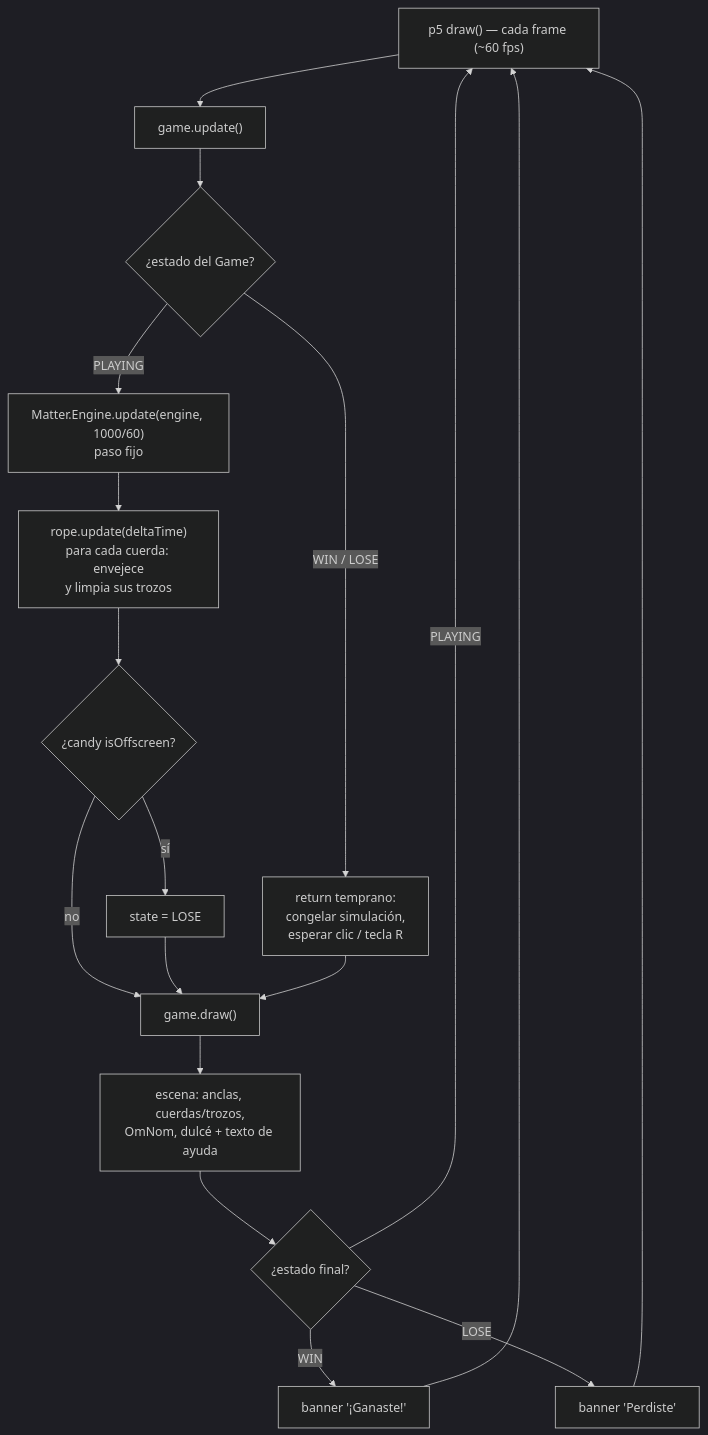
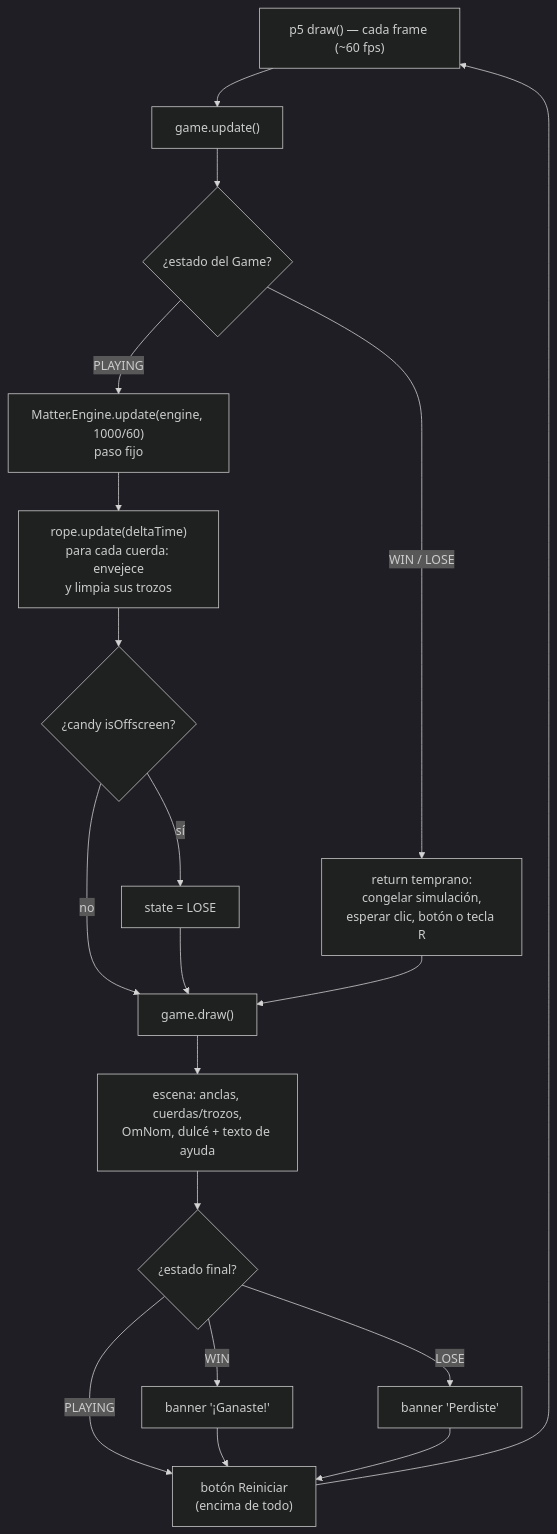
The fifth of 5 diagrams in docs/arquitectura-mvp.md (ShryhakAkizuki/Cut_The_Rope-Visual_Computing_2026-II), drawn with Mermaid (dark theme) before and after one commit. The commit also changed other lines of this file and 2 other files, not shown here.

Commit message:
reiniciar en tiempo de juego

````diff
--- a/docs/arquitectura-mvp.md
+++ b/docs/arquitectura-mvp.md
@@ -287,20 +292,21 @@
 ```mermaid
 flowchart TD
     A["p5 draw() — cada frame (~60 fps)"] --> B["game.update()"]
     B --> C{"¿estado del Game?"}
-    C -->|WIN / LOSE| D["return temprano:<br/>congelar simulación,<br/>esperar clic / tecla R"]
+    C -->|WIN / LOSE| D["return temprano:<br/>congelar simulación,<br/>esperar clic, botón o tecla R"]
     C -->|PLAYING| E["Matter.Engine.update(engine, 1000/60)<br/>paso fijo"]
     E --> F["rope.update(deltaTime)<br/>para cada cuerda: envejece<br/>y limpia sus trozos"]
     F --> G{"¿candy isOffscreen?"}
     G -->|sí| H["state = LOSE"]
     G -->|no| I["game.draw()"]
     H --> I
     D --> I
     I --> J["escena: anclas, cuerdas/trozos,<br/>OmNom, dulcé + texto de ayuda"]
     J --> K{"¿estado final?"}
     K -->|WIN| L["banner '¡Ganaste!'"]
     K -->|LOSE| M["banner 'Perdiste'"]
-    K -->|PLAYING| A
-    L --> A
-    M --> A
+    K -->|PLAYING| N["botón Reiniciar<br/>(encima de todo)"]
+    L --> N
+    M --> N
+    N --> A
 ```
````
